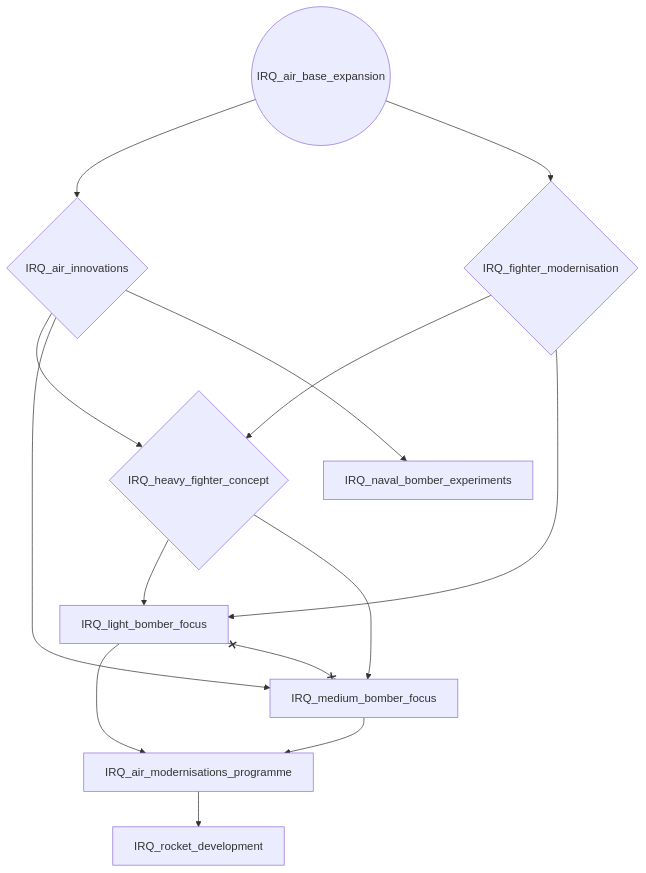
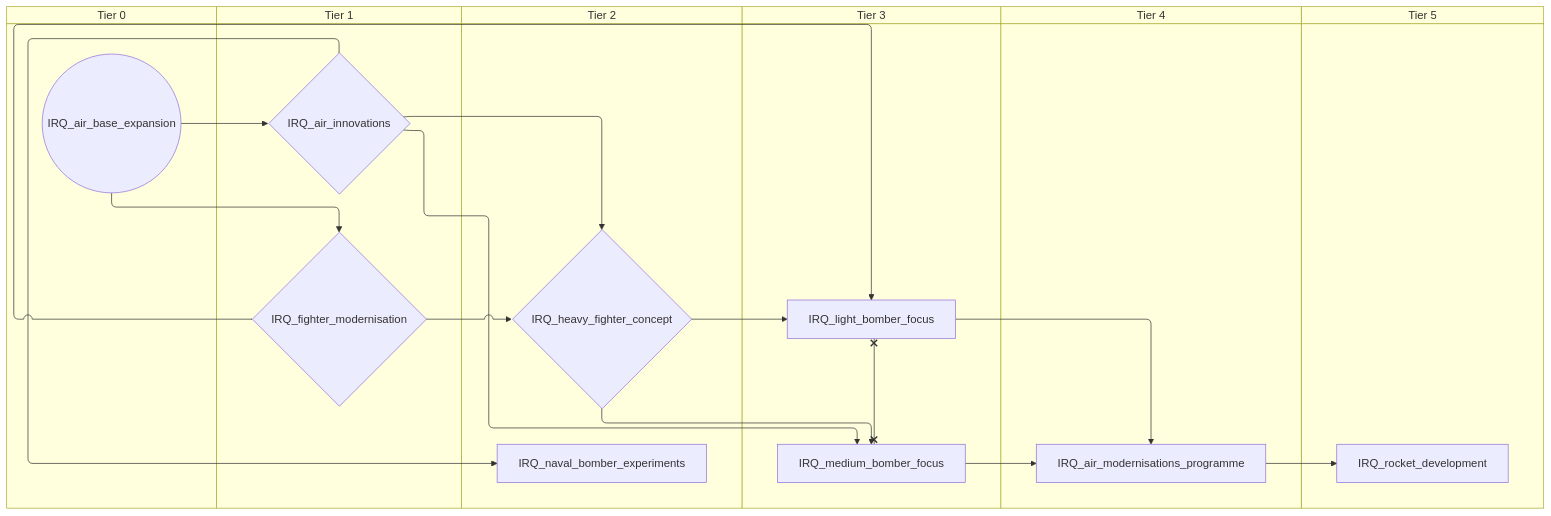
The first of 6 diagrams in docs/gdd/National Focuses/r56_iraq.md (evgeny-sobol/hoi4-sandbox-mode-r56), drawn with Mermaid before and after one commit. The commit also changed other lines of this file and 423 other files, not shown here.

First line of the commit message:
Re-export Rt56 focus trees as swimlane diagrams

````diff
--- a/docs/gdd/National Focuses/r56_iraq.md
+++ b/docs/gdd/National Focuses/r56_iraq.md
@@ -3,25 +3,37 @@
 ```mermaid
-flowchart TD
-    n1(("IRQ_air_base_expansion"))
-    n2{"IRQ_air_innovations"}
-    n3["IRQ_air_modernisations_programme"]
-    n4{"IRQ_fighter_modernisation"}
-    n5{"IRQ_heavy_fighter_concept"}
-    n6["IRQ_light_bomber_focus"]
-    n7["IRQ_medium_bomber_focus"]
-    n8["IRQ_naval_bomber_experiments"]
-    n9["IRQ_rocket_development"]
+swimlane-beta TD
+    subgraph tier_0["Tier 0"]
+        n1(("IRQ_air_base_expansion"))
+    end
+    subgraph tier_1["Tier 1"]
+        n2{"IRQ_air_innovations"}
+        n3{"IRQ_fighter_modernisation"}
+    end
+    subgraph tier_2["Tier 2"]
+        n4{"IRQ_heavy_fighter_concept"}
+        n5["IRQ_naval_bomber_experiments"]
+    end
+    subgraph tier_3["Tier 3"]
+        n6["IRQ_light_bomber_focus"]
+        n7["IRQ_medium_bomber_focus"]
+    end
+    subgraph tier_4["Tier 4"]
+        n8["IRQ_air_modernisations_programme"]
+    end
+    subgraph tier_5["Tier 5"]
+        n9["IRQ_rocket_development"]
+    end
     n1 --> n2
-    n6 --> n3
-    n7 --> n3
-    n1 --> n4
+    n6 --> n8
+    n7 --> n8
+    n1 --> n3
+    n2 --> n4
+    n3 --> n4
+    n4 --> n6
+    n3 --> n6
+    n4 --> n7
+    n2 --> n7
     n2 --> n5
-    n4 --> n5
-    n5 --> n6
-    n4 --> n6
-    n5 --> n7
-    n2 --> n7
-    n2 --> n8
-    n3 --> n9
+    n8 --> n9
     n6 x--x n7
 ```
````
